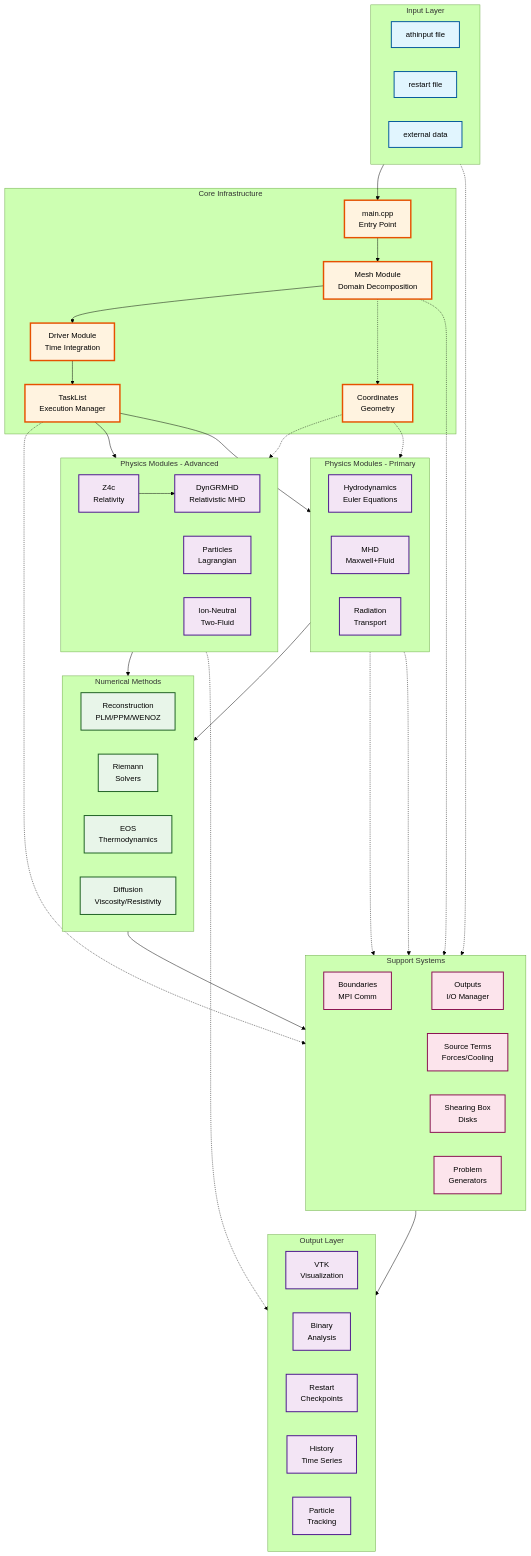
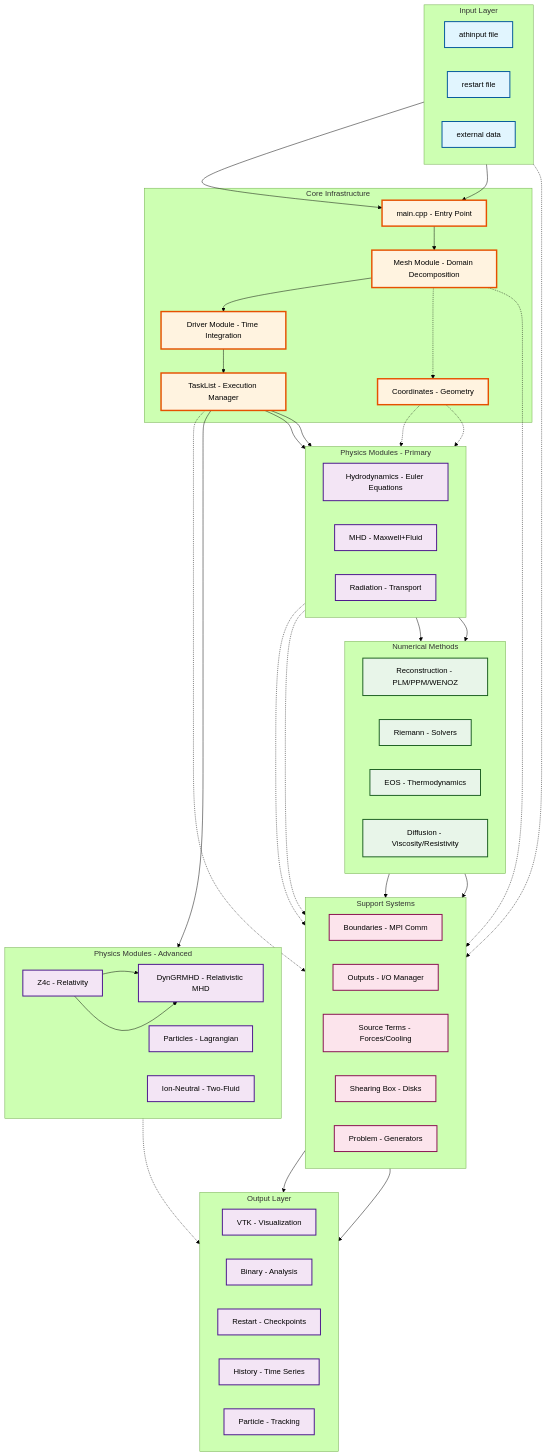
The first of 7 diagrams in docs/source/flowcharts/system_architecture.md (dfielding14/athenak), drawn with Mermaid (forest theme) before and after one commit. The commit also changed other lines of this file, not shown here.

First line of the commit message:
Fix Mermaid flowchart rendering issues

````diff
--- a/docs/source/flowcharts/system_architecture.md
+++ b/docs/source/flowcharts/system_architecture.md
@@ -5,111 +5,114 @@
 ```{mermaid}
 flowchart TD
-    subgraph Input["Input Layer"]
+    subgraph INPUT[Input Layer]
         direction LR
         ATHINPUT[athinput file]
         RESTART[restart file]
         EXTDATA[external data]
     end
 
-    subgraph Core["Core Infrastructure"]
-        MAIN[main.cpp<br/>Entry Point]
-        MESH[Mesh Module<br/>Domain Decomposition]
-        DRIVER[Driver Module<br/>Time Integration]
-        TASKS[TaskList<br/>Execution Manager]
-        COORDS[Coordinates<br/>Geometry]
+    subgraph CORE[Core Infrastructure]
+        MAIN[main.cpp - Entry Point]
+        MESH[Mesh Module - Domain Decomposition]
+        DRIVER[Driver Module - Time Integration]
+        TASKS[TaskList - Execution Manager]
+        COORDS[Coordinates - Geometry]
     end
 
-    subgraph PhysicsRow1["Physics Modules - Primary"]
+    subgraph PHYSICS1[Physics Modules - Primary]
         direction LR
-        HYDRO[Hydrodynamics<br/>Euler Equations]
-        MHD[MHD<br/>Maxwell+Fluid]
-        RAD[Radiation<br/>Transport]
+        HYDRO[Hydrodynamics - Euler Equations]
+        MHD[MHD - Maxwell+Fluid]
+        RAD[Radiation - Transport]
     end
 
-    subgraph PhysicsRow2["Physics Modules - Advanced"]
+    subgraph PHYSICS2[Physics Modules - Advanced]
         direction LR
-        Z4C[Z4c<br/>Relativity]
-        GRMHD[DynGRMHD<br/>Relativistic MHD]
-        PARTICLES[Particles<br/>Lagrangian]
-        IONNEUTRAL[Ion-Neutral<br/>Two-Fluid]
+        Z4C[Z4c - Relativity]
+        GRMHD[DynGRMHD - Relativistic MHD]
+        PARTICLES[Particles - Lagrangian]
+        IONNEUTRAL[Ion-Neutral - Two-Fluid]
     end
 
-    subgraph Numerical["Numerical Methods"]
+    subgraph NUMERICAL[Numerical Methods]
         direction LR
-        RECON[Reconstruction<br/>PLM/PPM/WENOZ]
-        RIEMANN[Riemann<br/>Solvers]
-        EOS[EOS<br/>Thermodynamics]
-        DIFF[Diffusion<br/>Viscosity/Resistivity]
+        RECON[Reconstruction - PLM/PPM/WENOZ]
+        RIEMANN[Riemann - Solvers]
+        EOS[EOS - Thermodynamics]
+        DIFF[Diffusion - Viscosity/Resistivity]
     end
 
-    subgraph Support["Support Systems"]
+    subgraph SUPPORT[Support Systems]
         direction LR
-        BVALS[Boundaries<br/>MPI Comm]
-        OUTPUTS[Outputs<br/>I/O Manager]
-        SRCTERMS[Source Terms<br/>Forces/Cooling]
-        SHEARBOX[Shearing Box<br/>Disks]
-        PGEN[Problem<br/>Generators]
+        BVALS[Boundaries - MPI Comm]
+        OUTPUTS[Outputs - I/O Manager]
+        SRCTERMS[Source Terms - Forces/Cooling]
+        SHEARBOX[Shearing Box - Disks]
+        PGEN[Problem - Generators]
     end
 
-    subgraph Output["Output Layer"]
+    subgraph OUTPUT[Output Layer]
         direction LR
-        VTK[VTK<br/>Visualization]
-        BIN[Binary<br/>Analysis]
-        RST[Restart<br/>Checkpoints]
-        HST[History<br/>Time Series]
-        PART[Particle<br/>Tracking]
+        VTK[VTK - Visualization]
+        BIN[Binary - Analysis]
+        RST[Restart - Checkpoints]
+        HST[History - Time Series]
+        PART[Particle - Tracking]
     end
 
     %% Vertical flow - main pipeline
-    Input --> MAIN
+    ATHINPUT --> MAIN
+    RESTART --> MAIN
     MAIN --> MESH
     MESH --> DRIVER
     DRIVER --> TASKS
-    TASKS --> PhysicsRow1
-    TASKS --> PhysicsRow2
-    PhysicsRow1 --> Numerical
-    PhysicsRow2 --> Numerical
-    Numerical --> Support
-    Support --> OUTPUTS
-    OUTPUTS --> Output
+    TASKS --> HYDRO
+    TASKS --> MHD
+    TASKS --> Z4C
+    HYDRO --> RECON
+    MHD --> RIEMANN
+    Z4C --> GRMHD
+    RECON --> BVALS
+    RIEMANN --> OUTPUTS
+    OUTPUTS --> VTK
+    OUTPUTS --> BIN
 
     %% Core connections
     MESH -.-> COORDS
-    COORDS -.-> PhysicsRow1
-    COORDS -.-> PhysicsRow2
+    COORDS -.-> HYDRO
+    COORDS -.-> MHD
     
     %% Physics details
     Z4C --> GRMHD
     
     %% Support connections
     TASKS -.-> BVALS
-    PhysicsRow1 -.-> SRCTERMS
+    MHD -.-> SRCTERMS
     MHD -.-> SHEARBOX
     MESH -.-> PGEN
     EXTDATA -.-> PGEN
     PARTICLES -.-> PART
 
     %% Click handlers for navigation
-    click MESH "../modules/mesh.html" "Go to Mesh Module"
-    click DRIVER "../modules/driver.html" "Go to Driver Module"
-    click TASKS "../modules/tasklist.html" "Go to TaskList Module"
-    click COORDS "../modules/coordinates.html" "Go to Coordinates Module"
-    click HYDRO "../modules/hydro.html" "Go to Hydro Module"
-    click MHD "../modules/mhd.html" "Go to MHD Module"
-    click RAD "../modules/radiation.html" "Go to Radiation Module"
-    click Z4C "../modules/z4c.html" "Go to Z4c Module"
-    click GRMHD "../modules/dyn_grmhd.html" "Go to DynGRMHD Module"
-    click PARTICLES "../modules/particles.html" "Go to Particles Module"
-    click IONNEUTRAL "../modules/ion_neutral.html" "Go to Ion-Neutral Module"
-    click RECON "../modules/reconstruction.html" "Go to Reconstruction Module"
-    click RIEMANN "../modules/riemann_solvers.html" "Go to Riemann Solvers"
-    click EOS "../modules/eos.html" "Go to EOS Module"
-    click DIFF "../modules/diffusion.html" "Go to Diffusion Module"
-    click BVALS "../modules/boundaries.html" "Go to Boundaries Module"
-    click OUTPUTS "../modules/outputs.html" "Go to Outputs Module"
-    click SRCTERMS "../modules/srcterms.html" "Go to Source Terms"
-    click SHEARBOX "../modules/shearing_box.html" "Go to Shearing Box"
-    click PGEN "../modules/pgen.html" "Go to Problem Generators"
+    click MESH "../modules/mesh.html"
+    click DRIVER "../modules/driver.html"
+    click TASKS "../modules/tasklist.html"
+    click COORDS "../modules/coordinates.html"
+    click HYDRO "../modules/hydro.html"
+    click MHD "../modules/mhd.html"
+    click RAD "../modules/radiation.html"
+    click Z4C "../modules/z4c.html"
+    click GRMHD "../modules/dyn_grmhd.html"
+    click PARTICLES "../modules/particles.html"
+    click RECON "../modules/reconstruction.html"
+    click RIEMANN "../modules/riemann_solvers.html"
+    click EOS "../modules/eos.html"
+    click DIFF "../modules/diffusion.html"
+    click BVALS "../modules/boundaries.html"
+    click OUTPUTS "../modules/outputs.html"
+    click SRCTERMS "../modules/srcterms.html"
+    click SHEARBOX "../modules/shearing_box.html"
+    click PGEN "../modules/pgen.html"
 
     %% Styling
     classDef input fill:#e1f5fe,stroke:#01579b,stroke-width:2px
````
